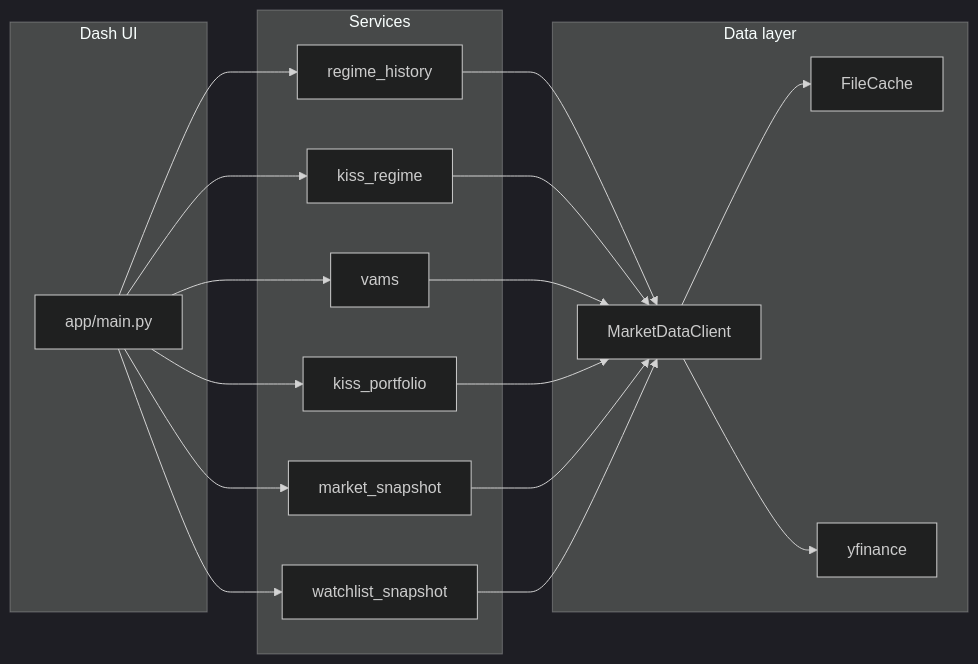
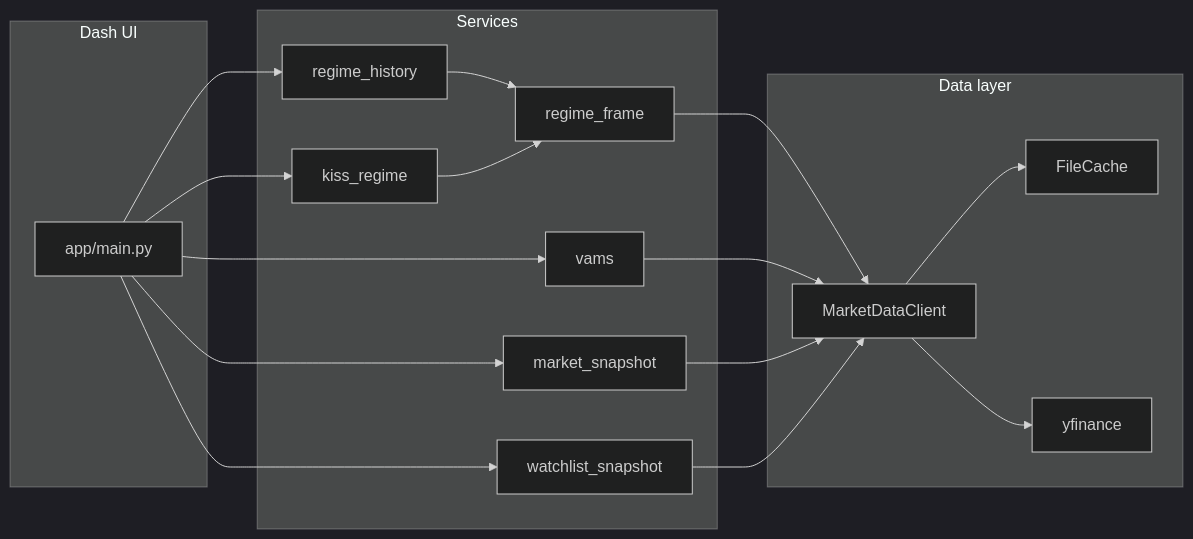
Before and after one commit to mattfaltyn/market_watch: the diagram in docs/architecture.md, drawn with Mermaid (dark theme). The commit also changed other lines of this file and 41 other files, not shown here.

First line of the commit message:
Modernize KISS Terminal with Mantine UI and merged regime overview

````diff
--- a/docs/architecture.md
+++ b/docs/architecture.md
@@ -19,33 +19,32 @@
 ```mermaid
 flowchart LR
   subgraph ui [Dash UI]
     main[app/main.py]
   end
   subgraph services [Services]
     regime_hist[regime_history]
+    regime_frame[regime_frame]
     kiss_reg[kiss_regime]
     vams[vams]
-    portfolio[kiss_portfolio]
     mkt[market_snapshot]
     wl[watchlist_snapshot]
   end
   subgraph data [Data layer]
     client[MarketDataClient]
     cache[FileCache]
     yf[yfinance]
   end
   main --> regime_hist
   main --> kiss_reg
   main --> vams
-  main --> portfolio
   main --> mkt
   main --> wl
-  regime_hist --> client
-  kiss_reg --> client
+  regime_hist --> regime_frame
+  regime_frame --> client
+  kiss_reg --> regime_frame
   vams --> client
-  portfolio --> client
   mkt --> client
   wl --> client
   client --> cache
   client --> yf
 ```
````
